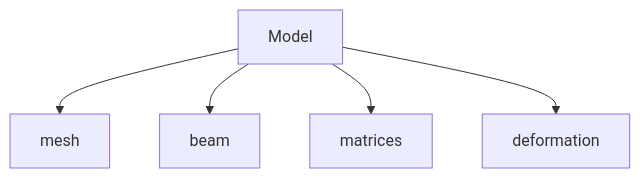
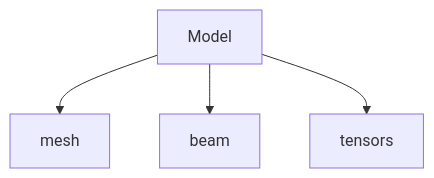
The first of 9 diagrams in docs/source/api/result_api.rst (airinnova/framat), drawn with Mermaid before and after one commit. The commit also changed other lines of this file and 10 other files, not shown here.

```diff
--- a/docs/source/api/result_api.rst
+++ b/docs/source/api/result_api.rst
@@ -10,8 +10,7 @@
 .. mermaid::
 
     graph TD
     A[Model]
     A --> F0[mesh]
     A --> F1[beam]
-    A --> F2[matrices]
-    A --> F3[deformation]
+    A --> F2[tensors]
```
